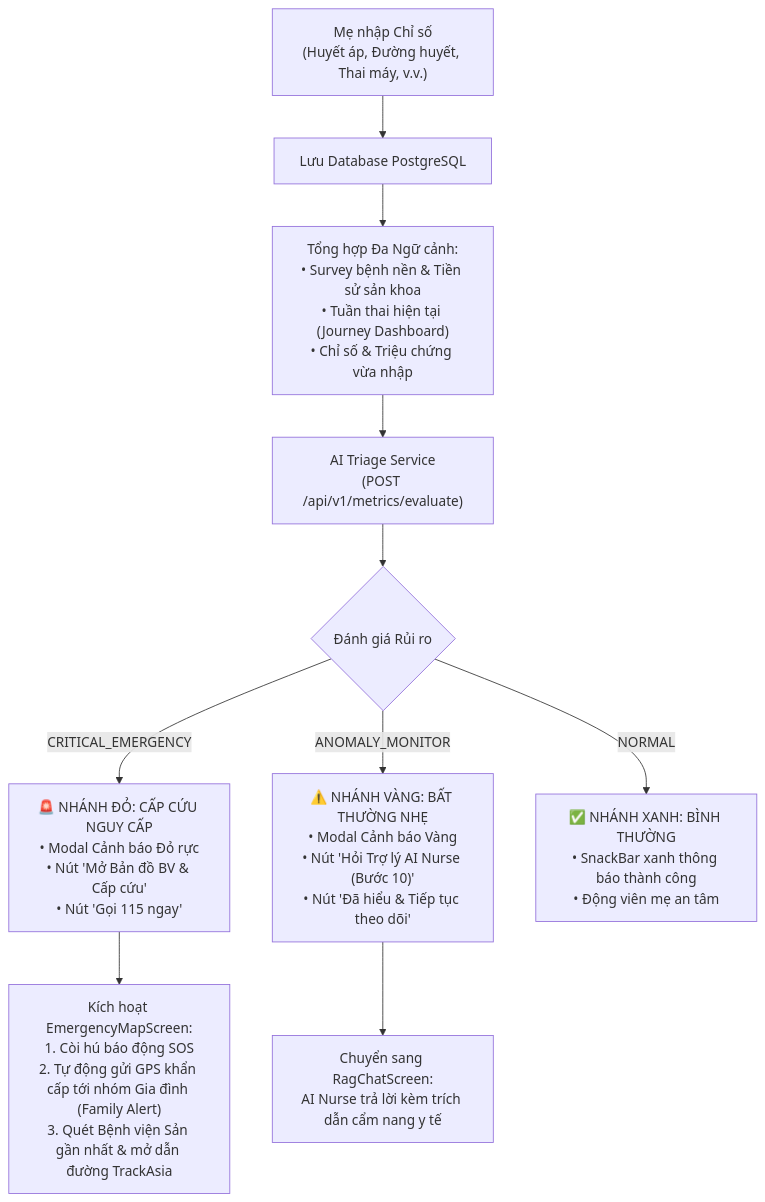
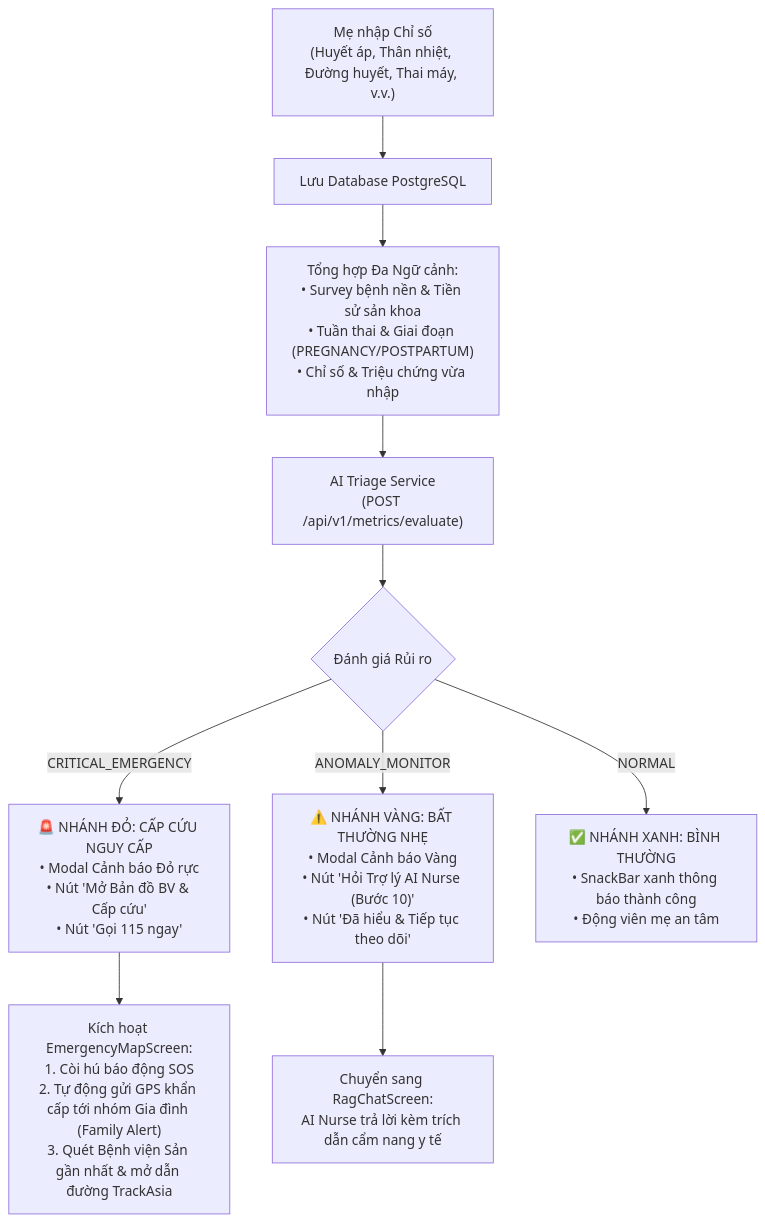
Before and after one commit to ChuongBDHE172784/CareBridge_SEP490_G79: the second of 2 diagrams in docs/AI/01_THIET_KE_KIEN_TRUC_AI_RAG_VA_BAO_VE_DO_AN.md, drawn with Mermaid. The commit also changed other lines of this file, not shown here.

Commit message:
docs(ai): update architecture doc with body temperature metric and stage-aware triage

````diff
--- a/docs/AI/01_THIET_KE_KIEN_TRUC_AI_RAG_VA_BAO_VE_DO_AN.md
+++ b/docs/AI/01_THIET_KE_KIEN_TRUC_AI_RAG_VA_BAO_VE_DO_AN.md
@@ -249,16 +250,16 @@
 ```mermaid
 flowchart TD
-    INPUT["Mẹ nhập Chỉ số<br/>(Huyết áp, Đường huyết, Thai máy, v.v.)"] --> SAVE_DB["Lưu Database PostgreSQL"]
-    SAVE_DB --> AGGREGATE["Tổng hợp Đa Ngữ cảnh:<br/>• Survey bệnh nền & Tiền sử sản khoa<br/>• Tuần thai hiện tại (Journey Dashboard)<br/>• Chỉ số & Triệu chứng vừa nhập"]
+    INPUT["Mẹ nhập Chỉ số<br/>(Huyết áp, Thân nhiệt, Đường huyết, Thai máy, v.v.)"] --> SAVE_DB["Lưu Database PostgreSQL"]
+    SAVE_DB --> AGGREGATE["Tổng hợp Đa Ngữ cảnh:<br/>• Survey bệnh nền & Tiền sử sản khoa<br/>• Tuần thai & Giai đoạn (PREGNANCY/POSTPARTUM)<br/>• Chỉ số & Triệu chứng vừa nhập"]
     AGGREGATE --> AI_EVAL["AI Triage Service<br/>(POST /api/v1/metrics/evaluate)"]
     
     AI_EVAL --> RISK_CHECK{"Đánh giá Rủi ro"}
 
     RISK_CHECK -->|CRITICAL_EMERGENCY| RED_BRANCH["🚨 NHÁNH ĐỎ: CẤP CỨU NGUY CẤP<br/>• Modal Cảnh báo Đỏ rực<br/>• Nút 'Mở Bản đồ BV & Cấp cứu'<br/>• Nút 'Gọi 115 ngay'"]
     RED_BRANCH --> RED_ACTIONS["Kích hoạt EmergencyMapScreen:<br/>1. Còi hú báo động SOS<br/>2. Tự động gửi GPS khẩn cấp tới nhóm Gia đình (Family Alert)<br/>3. Quét Bệnh viện Sản gần nhất & mở dẫn đường TrackAsia"]
 
     RISK_CHECK -->|ANOMALY_MONITOR| YELLOW_BRANCH["⚠️ NHÁNH VÀNG: BẤT THƯỜNG NHẸ<br/>• Modal Cảnh báo Vàng<br/>• Nút 'Hỏi Trợ lý AI Nurse (Bước 10)'<br/>• Nút 'Đã hiểu & Tiếp tục theo dõi'"]
     YELLOW_BRANCH --> YELLOW_ACTIONS["Chuyển sang RagChatScreen:<br/>AI Nurse trả lời kèm trích dẫn cẩm nang y tế"]
 
     RISK_CHECK -->|NORMAL| GREEN_BRANCH["✅ NHÁNH XANH: BÌNH THƯỜNG<br/>• SnackBar xanh thông báo thành công<br/>• Động viên mẹ an tâm"]
 ```
````
